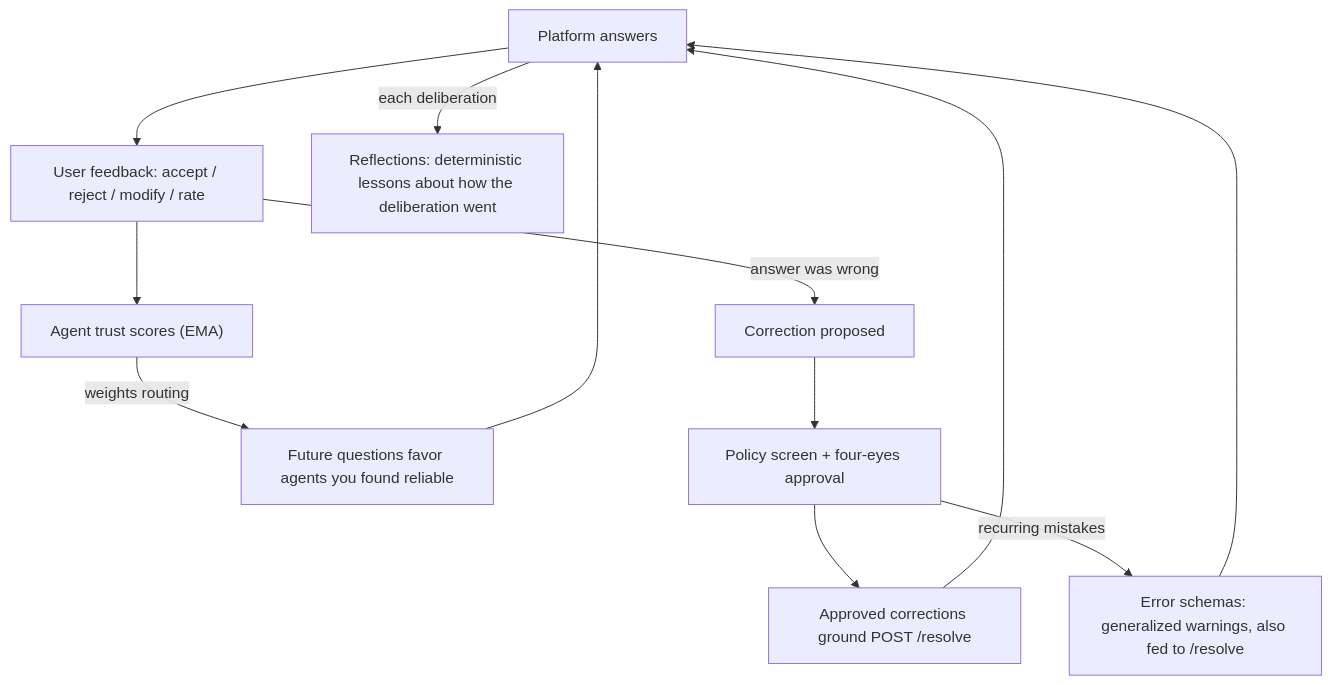
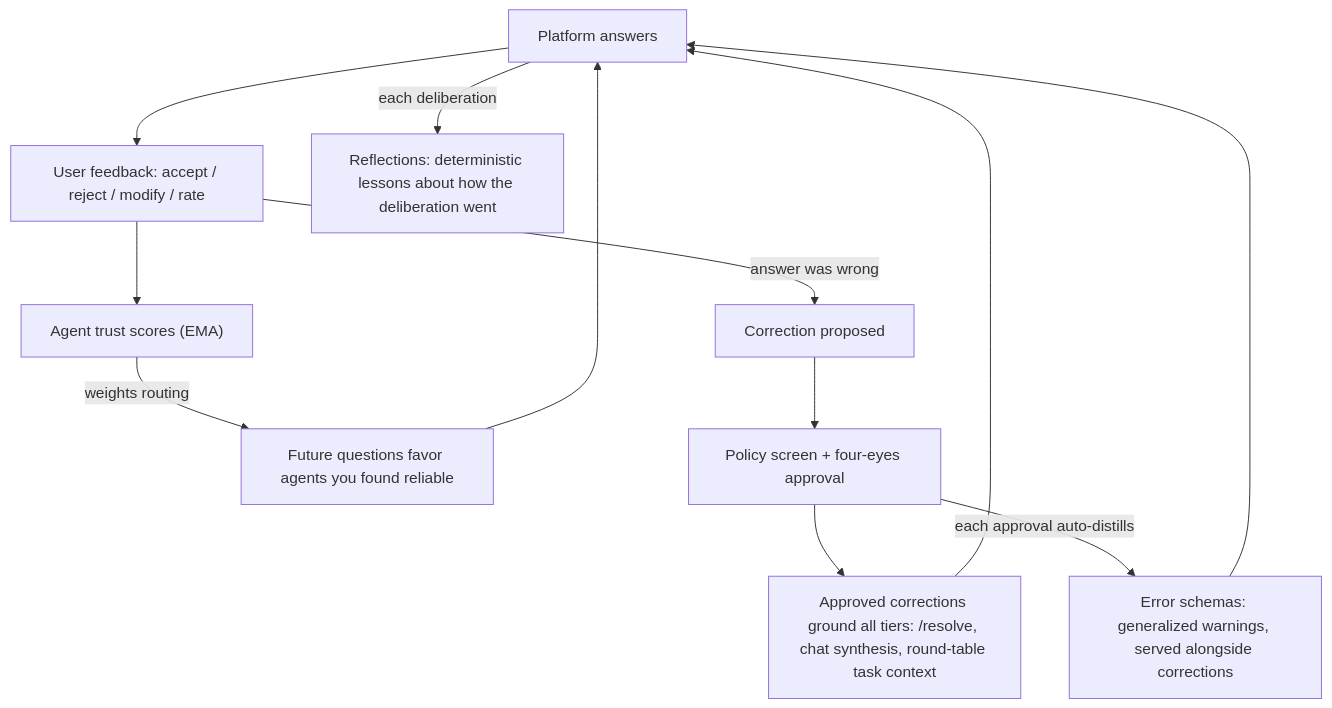
The sixth of 10 diagrams in docs/FEATURES.md (KangaKode/aiscaffold), drawn with Mermaid before and after one commit. The commit also changed other lines of this file and 19 other files, not shown here.

````diff
--- a/docs/FEATURES.md
+++ b/docs/FEATURES.md
@@ -226,14 +227,14 @@
 ```mermaid
 flowchart TD
     Ans["Platform answers"] --> FB["User feedback: accept / reject / modify / rate"]
     FB --> Trust["Agent trust scores (EMA)"]
     Trust -->|"weights routing"| Route["Future questions favor agents you found reliable"]
     FB -->|"answer was wrong"| Corr["Correction proposed"]
     Corr --> Gov["Policy screen + four-eyes approval"]
-    Gov --> Ground["Approved corrections ground POST /resolve"]
-    Gov -->|"recurring mistakes"| Schema["Error schemas: generalized warnings, also fed to /resolve"]
+    Gov --> Ground["Approved corrections ground all tiers: /resolve, chat synthesis, round-table task context"]
+    Gov -->|"each approval auto-distills"| Schema["Error schemas: generalized warnings, served alongside corrections"]
     Ans -->|"each deliberation"| Refl["Reflections: deterministic lessons about how the deliberation went"]
     Ground --> Ans
     Schema --> Ans
     Route --> Ans
 ```
````
